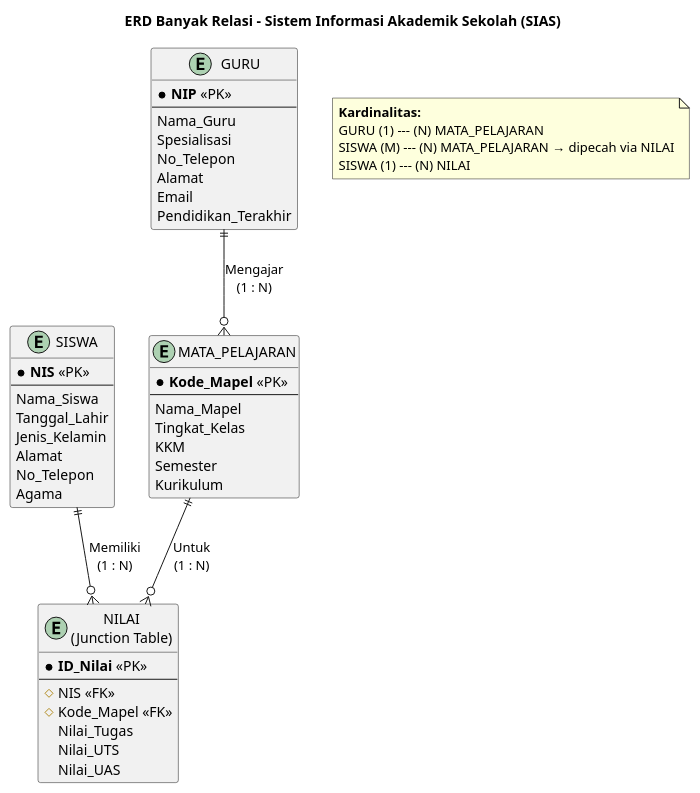
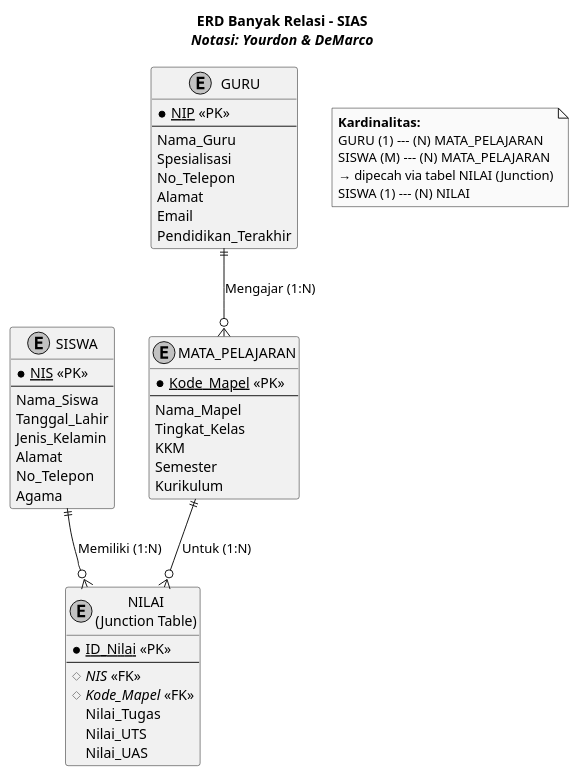
Before and after one commit to Aruh1/sias: the diagram in plantuml/erd_banyak_relasi.puml, drawn with PlantUML. The commit also changed 15 other files, not shown here.

Commit message:
update to Yourdon/DeMarco

```diff
--- a/plantuml/erd_banyak_relasi.puml
+++ b/plantuml/erd_banyak_relasi.puml
@@ -1,70 +1,73 @@
 @startuml ERD_Banyak_Relasi
 ' ERD Banyak Relasi - Sistem Informasi Akademik Sekolah (SIAS)
+' Notasi: Yourdon & DeMarco (Chen-style ERD)
 
 skinparam backgroundColor white
 skinparam defaultFontColor black
 skinparam defaultFontName Arial
+skinparam monochrome true
 
-title **ERD Banyak Relasi - Sistem Informasi Akademik Sekolah (SIAS)**
+title **ERD Banyak Relasi - SIAS**\n//Notasi: Yourdon & DeMarco//
 
 skinparam entity {
-    BackgroundColor #dbeafe
-    BorderColor #2563eb
+    BackgroundColor white
+    BorderColor black
     FontSize 12
 }
 
 entity "SISWA" as SISWA {
-    * **NIS** <<PK>>
+    * <u>NIS</u> <<PK>>
     --
     Nama_Siswa
     Tanggal_Lahir
     Jenis_Kelamin
     Alamat
     No_Telepon
     Agama
 }
 
 entity "GURU" as GURU {
-    * **NIP** <<PK>>
+    * <u>NIP</u> <<PK>>
     --
     Nama_Guru
     Spesialisasi
     No_Telepon
     Alamat
     Email
     Pendidikan_Terakhir
 }
 
 entity "MATA_PELAJARAN" as MAPEL {
-    * **Kode_Mapel** <<PK>>
+    * <u>Kode_Mapel</u> <<PK>>
     --
     Nama_Mapel
     Tingkat_Kelas
     KKM
     Semester
     Kurikulum
 }
 
 entity "NILAI\n(Junction Table)" as NILAI {
-    * **ID_Nilai** <<PK>>
+    * <u>ID_Nilai</u> <<PK>>
     --
-    # NIS <<FK>>
-    # Kode_Mapel <<FK>>
+    # //NIS// <<FK>>
+    # //Kode_Mapel// <<FK>>
     Nilai_Tugas
     Nilai_UTS
     Nilai_UAS
 }
 
 ' ── Relasi ──
-GURU ||--o{ MAPEL : "Mengajar\n(1 : N)"
-SISWA ||--o{ NILAI : "Memiliki\n(1 : N)"
-MAPEL ||--o{ NILAI : "Untuk\n(1 : N)"
+GURU ||--o{ MAPEL : "Mengajar (1:N)"
+SISWA ||--o{ NILAI : "Memiliki (1:N)"
+MAPEL ||--o{ NILAI : "Untuk (1:N)"
 
 note as Legend
     **Kardinalitas:**
     GURU (1) --- (N) MATA_PELAJARAN
-    SISWA (M) --- (N) MATA_PELAJARAN → dipecah via NILAI
+    SISWA (M) --- (N) MATA_PELAJARAN
+    → dipecah via tabel NILAI (Junction)
     SISWA (1) --- (N) NILAI
 end note
 
 @enduml
```
